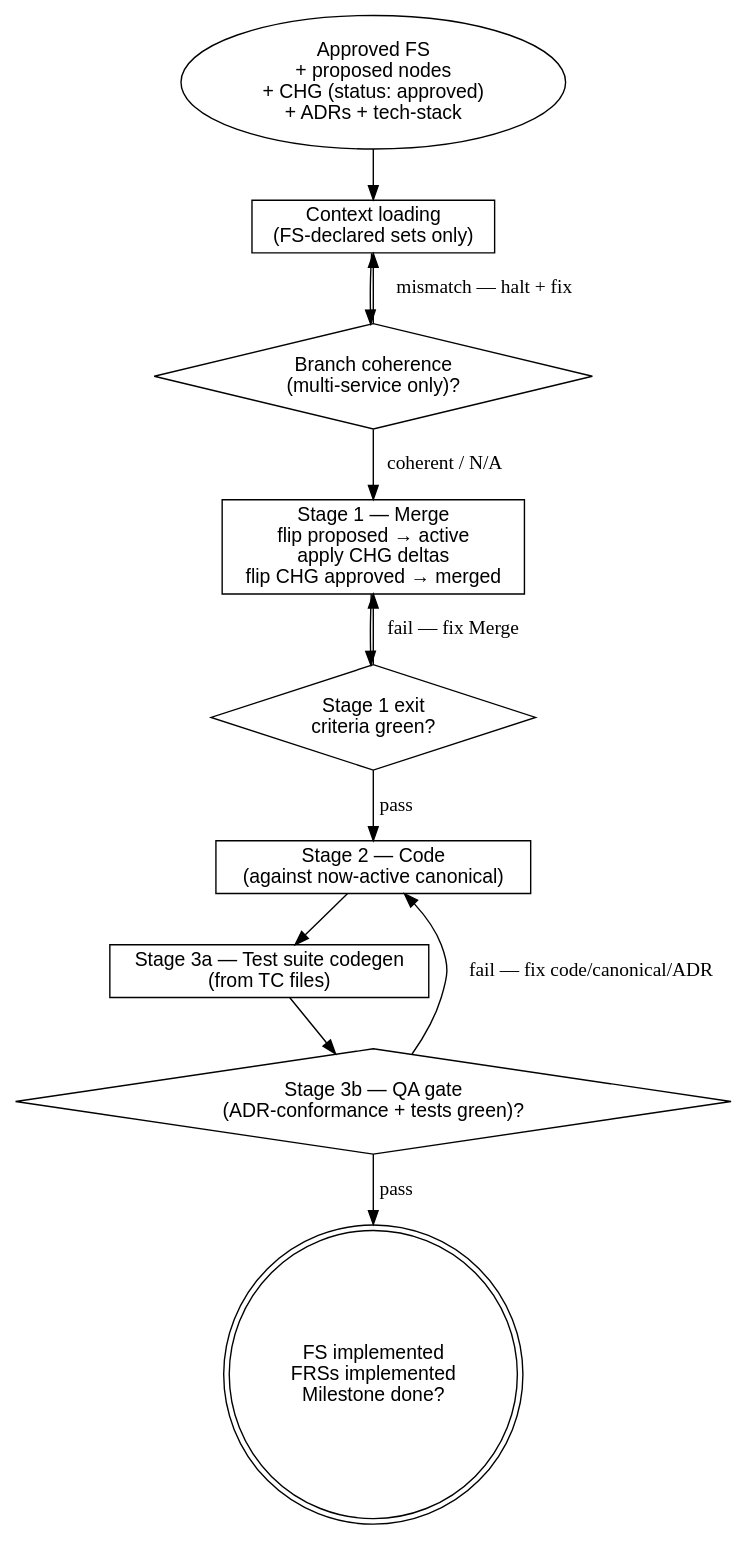
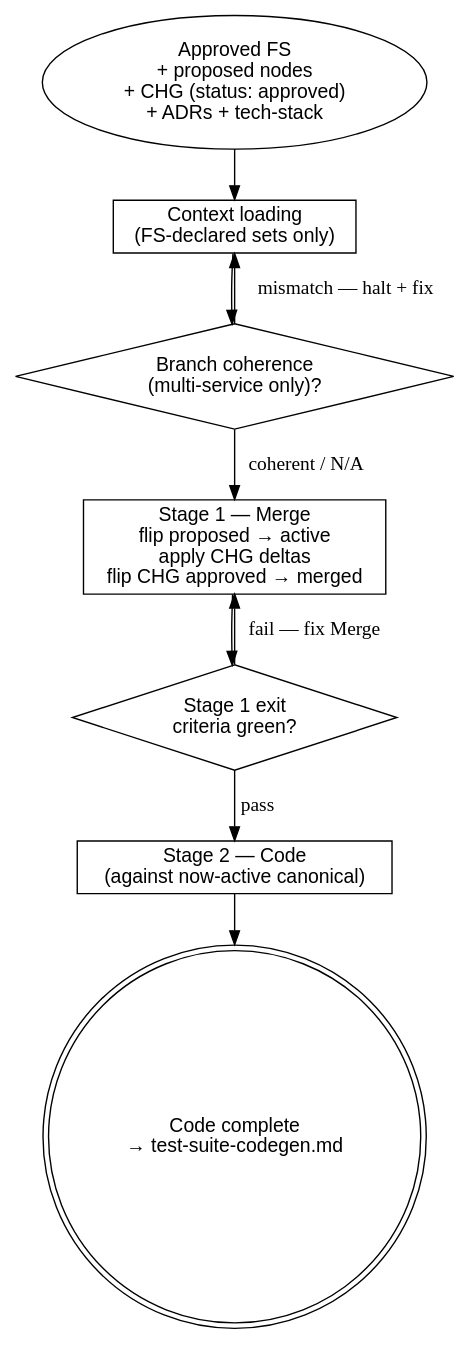
The diagram in sdlc/workflow/implementation.md (thapaliyabikendra/agentic-dev-workspace), drawn with Graphviz before and after one commit. The commit also changed other lines of this file and 46 other files, not shown here.

First line of the commit message:
decompose sdlc flow files and add milestone lifecycle operations

````diff
--- a/sdlc/workflow/implementation.md
+++ b/sdlc/workflow/implementation.md
@@ -69,29 +104,23 @@
 ```dot
 digraph implementation_flow {
     rankdir=TB;
     node [fontname="Helvetica"];
 
     inputs   [shape=oval,  label="Approved FS\n+ proposed nodes\n+ CHG (status: approved)\n+ ADRs + tech-stack"];
     ctxload  [shape=box,   label="Context loading\n(FS-declared sets only)"];
     branch   [shape=diamond, label="Branch coherence\n(multi-service only)?"];
     stage1   [shape=box,   label="Stage 1 — Merge\nflip proposed → active\napply CHG deltas\nflip CHG approved → merged"];
     s1exit   [shape=diamond, label="Stage 1 exit\ncriteria green?"];
     stage2   [shape=box,   label="Stage 2 — Code\n(against now-active canonical)"];
-    stage3tc [shape=box,   label="Stage 3a — Test suite codegen\n(from TC files)"];
-    stage3qa [shape=diamond, label="Stage 3b — QA gate\n(ADR-conformance + tests green)?"];
-
-    out_done [shape=doublecircle, label="FS implemented\nFRSs implemented\nMilestone done?"];
+    out_done [shape=doublecircle, label="Code complete\n→ test-suite-codegen.md"];
 
     inputs -> ctxload;
     ctxload -> branch;
     branch -> stage1 [label="coherent / N/A"];
     branch -> ctxload [label="mismatch — halt + fix"];
     stage1 -> s1exit;
     s1exit -> stage1 [label="fail — fix Merge"];
     s1exit -> stage2 [label="pass"];
-    stage2 -> stage3tc;
-    stage3tc -> stage3qa;
-    stage3qa -> stage2 [label="fail — fix code/canonical/ADR"];
-    stage3qa -> out_done [label="pass"];
+    stage2 -> out_done;
 }
 ```
````
